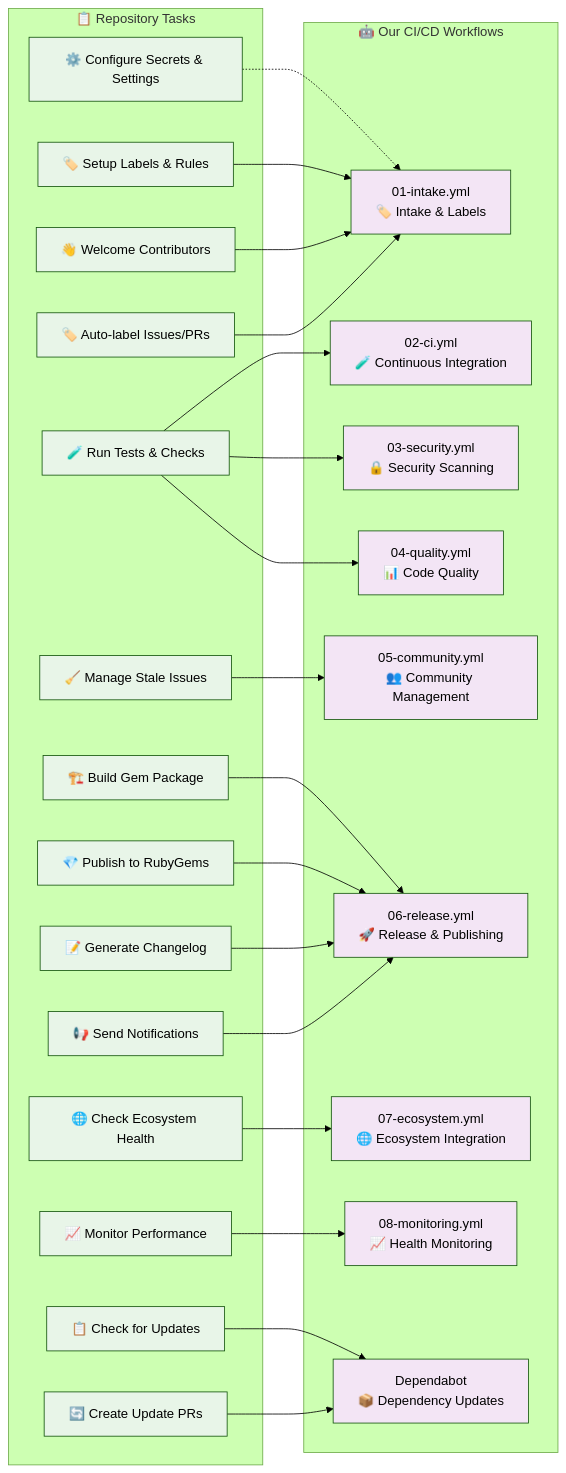
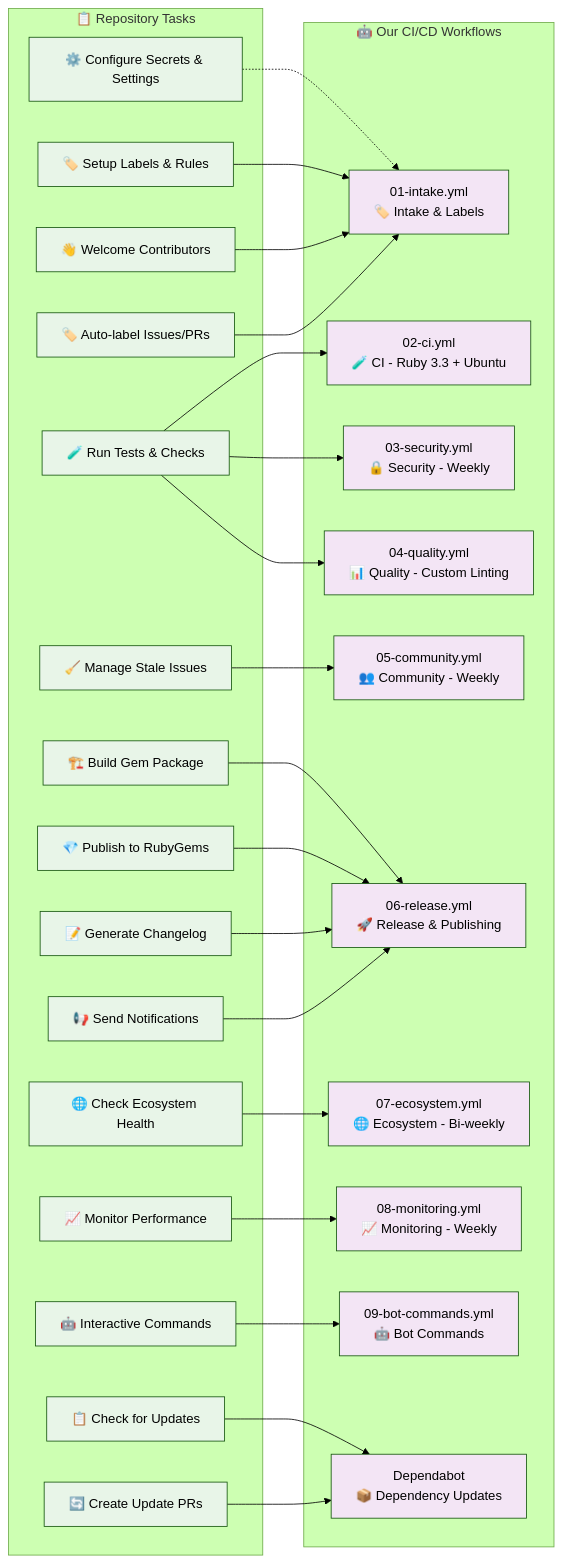
Before and after one commit to patrick204nqh/gem-ci: the second of 2 diagrams in docs/diagrams/ci-workflow-overview.md, drawn with Mermaid (forest theme). The commit also changed other lines of this file and 26 other files, not shown here.

````diff
--- a/docs/diagrams/ci-workflow-overview.md
+++ b/docs/diagrams/ci-workflow-overview.md
@@ -75,56 +75,59 @@
 ```mermaid
 graph LR
     subgraph "📋 Repository Tasks"
         T1[⚙️ Configure Secrets & Settings]
         T2[🏷️ Setup Labels & Rules]
         T3[🧪 Run Tests & Checks]
         T4[👋 Welcome Contributors]
         T5[🏷️ Auto-label Issues/PRs]
         T6[📋 Check for Updates]
         T7[🔄 Create Update PRs]
         T8[🏗️ Build Gem Package]
         T9[💎 Publish to RubyGems]
         T10[📝 Generate Changelog]
         T11[📢 Send Notifications]
         T12[🧹 Manage Stale Issues]
         T13[🌐 Check Ecosystem Health]
         T14[📈 Monitor Performance]
+        T15[🤖 Interactive Commands]
     end
     
     subgraph "🤖 Our CI/CD Workflows"
         W1[01-intake.yml<br/>🏷️ Intake & Labels]
-        W2[02-ci.yml<br/>🧪 Continuous Integration]
-        W3[03-security.yml<br/>🔒 Security Scanning]
-        W4[04-quality.yml<br/>📊 Code Quality]
-        W5[05-community.yml<br/>👥 Community Management]
+        W2[02-ci.yml<br/>🧪 CI - Ruby 3.3 + Ubuntu]
+        W3[03-security.yml<br/>🔒 Security - Weekly]
+        W4[04-quality.yml<br/>📊 Quality - Custom Linting]
+        W5[05-community.yml<br/>👥 Community - Weekly]
         W6[06-release.yml<br/>🚀 Release & Publishing]
-        W7[07-ecosystem.yml<br/>🌐 Ecosystem Integration]
-        W8[08-monitoring.yml<br/>📈 Health Monitoring]
-        W9[Dependabot<br/>📦 Dependency Updates]
+        W7[07-ecosystem.yml<br/>🌐 Ecosystem - Bi-weekly]
+        W8[08-monitoring.yml<br/>📈 Monitoring - Weekly]
+        W9[09-bot-commands.yml<br/>🤖 Bot Commands]
+        W10[Dependabot<br/>📦 Dependency Updates]
     end
     
     %% Task to Workflow Mappings
     T1 -.-> W1
     T2 --> W1
     T3 --> W2
     T3 --> W3
     T3 --> W4
     T4 --> W1
     T5 --> W1
-    T6 --> W9
-    T7 --> W9
+    T6 --> W10
+    T7 --> W10
     T8 --> W6
     T9 --> W6
     T10 --> W6
     T11 --> W6
     T12 --> W5
     T13 --> W7
     T14 --> W8
+    T15 --> W9
     
     %% Styling
     classDef task fill:#e8f5e8
     classDef workflow fill:#f3e5f5
     
-    class T1,T2,T3,T4,T5,T6,T7,T8,T9,T10,T11,T12,T13,T14 task
-    class W1,W2,W3,W4,W5,W6,W7,W8,W9 workflow
+    class T1,T2,T3,T4,T5,T6,T7,T8,T9,T10,T11,T12,T13,T14,T15 task
+    class W1,W2,W3,W4,W5,W6,W7,W8,W9,W10 workflow
 ```
````
